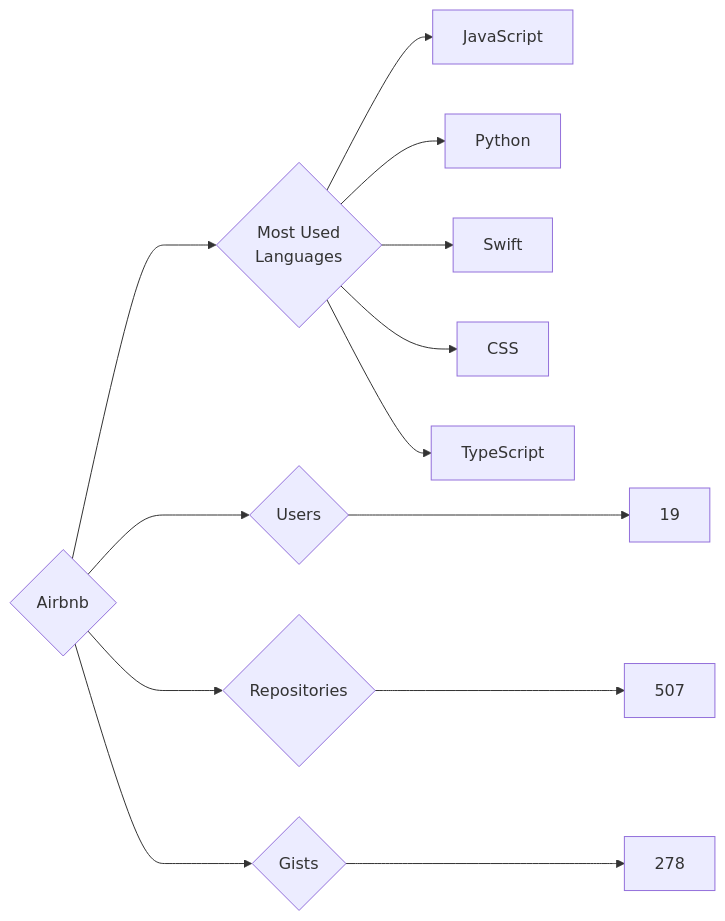
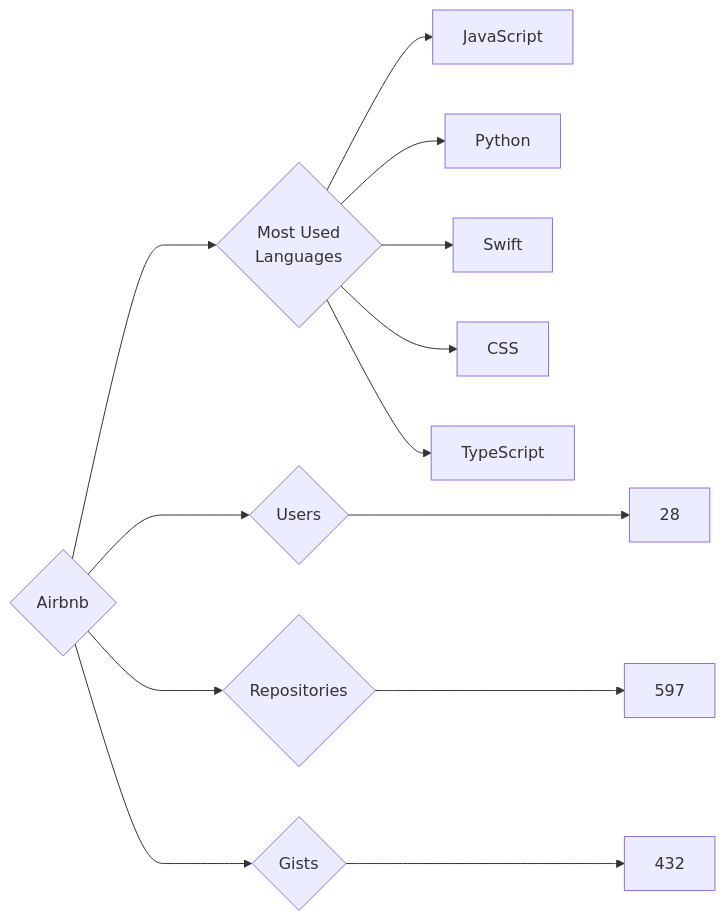
Before and after one commit to trickest/insiders: the diagram in targets/Airbnb/README.md, drawn with Mermaid. The commit also changed 837 other files, not shown here.

````diff
--- a/targets/Airbnb/README.md
+++ b/targets/Airbnb/README.md
@@ -3,13 +3,13 @@
 ```mermaid
 graph LR
 COMPANY_NAME{Airbnb}
-COMPANY_NAME ---> U{Users} ---> UN[19]
-COMPANY_NAME ---> R{Repositories} ---> RN[507]
-COMPANY_NAME ---> G{Gists} ---> GN[278]
+COMPANY_NAME ---> U{Users} ---> UN[28]
+COMPANY_NAME ---> R{Repositories} ---> RN[597]
+COMPANY_NAME ---> G{Gists} ---> GN[432]
 COMPANY_NAME ---> ML{Most Used<br>Languages}
 ML --> JavaScript[JavaScript]
 ML --> Python[Python]
 ML --> Swift[Swift]
 ML --> CSS[CSS]
 ML --> TypeScript[TypeScript]
 ```
````
